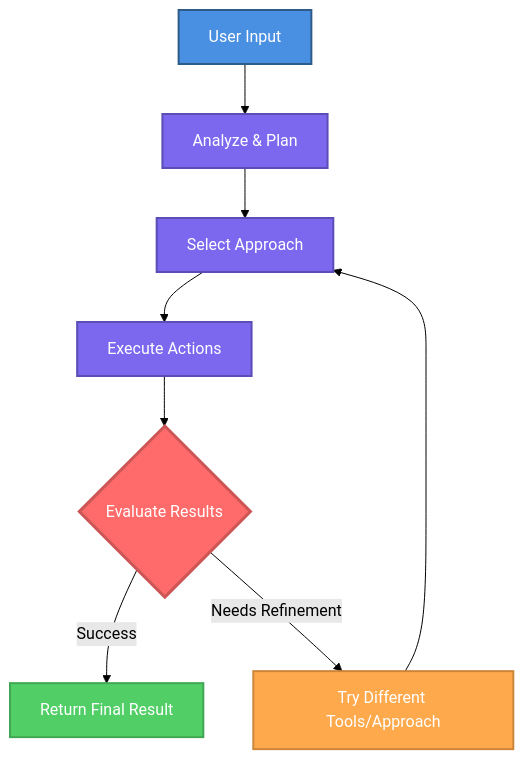
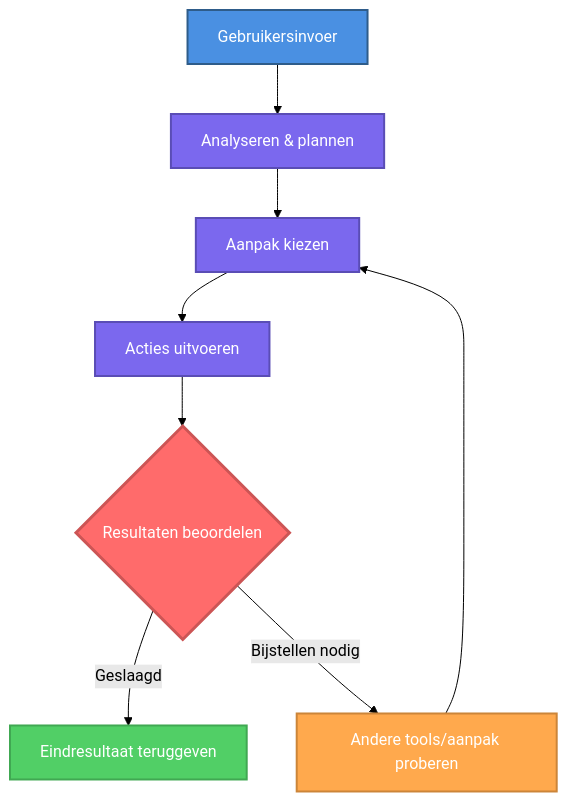
Before and after one commit to MeetWonka/starter: the diagram in nl/ai-agents/introduction.mdx, drawn with Mermaid (forest theme). The commit also changed other lines of this file and 164 other files, not shown here.

````diff
--- a/nl/ai-agents/introduction.mdx
+++ b/nl/ai-agents/introduction.mdx
@@ -208,18 +188,18 @@
 ```mermaid
 graph TD
-    A[User Input] --> B[Analyze & Plan]
-    B --> C[Select Approach]
-    C --> D[Execute Actions]
-    D --> E{Evaluate Results}
-    E -->|Success| F[Return Final Result]
-    E -->|Needs Refinement| G[Try Different Tools/Approach]
+    A[Gebruikersinvoer] --> B[Analyseren & plannen]
+    B --> C[Aanpak kiezen]
+    C --> D[Acties uitvoeren]
+    D --> E{Resultaten beoordelen}
+    E -->|Geslaagd| F[Eindresultaat teruggeven]
+    E -->|Bijstellen nodig| G[Andere tools/aanpak proberen]
     G --> C
-    
+
     style A fill:#4A90E2,stroke:#2E5C8A,stroke-width:2px,color:#fff
     style B fill:#7B68EE,stroke:#5A4DB5,stroke-width:2px,color:#fff
     style C fill:#7B68EE,stroke:#5A4DB5,stroke-width:2px,color:#fff
     style D fill:#7B68EE,stroke:#5A4DB5,stroke-width:2px,color:#fff
     style E fill:#FF6B6B,stroke:#CC5555,stroke-width:3px,color:#fff
     style F fill:#51CF66,stroke:#40A852,stroke-width:2px,color:#fff
     style G fill:#FFA94D,stroke:#CC8539,stroke-width:2px,color:#fff
 ```
````
